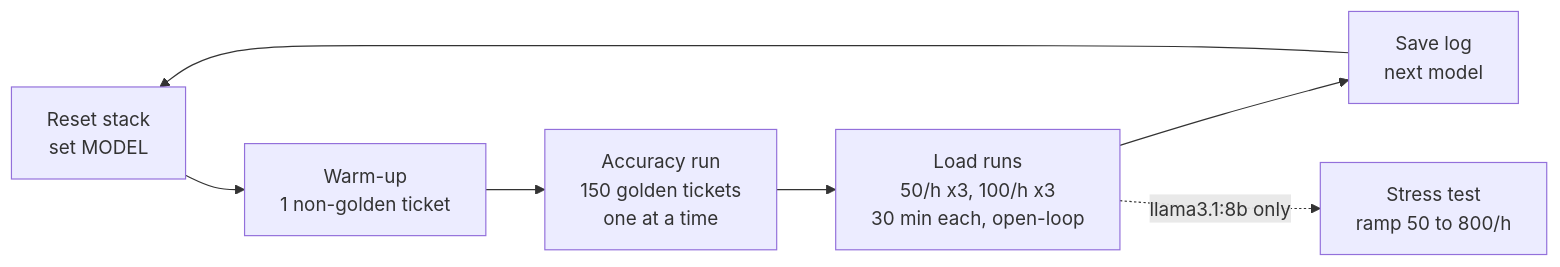
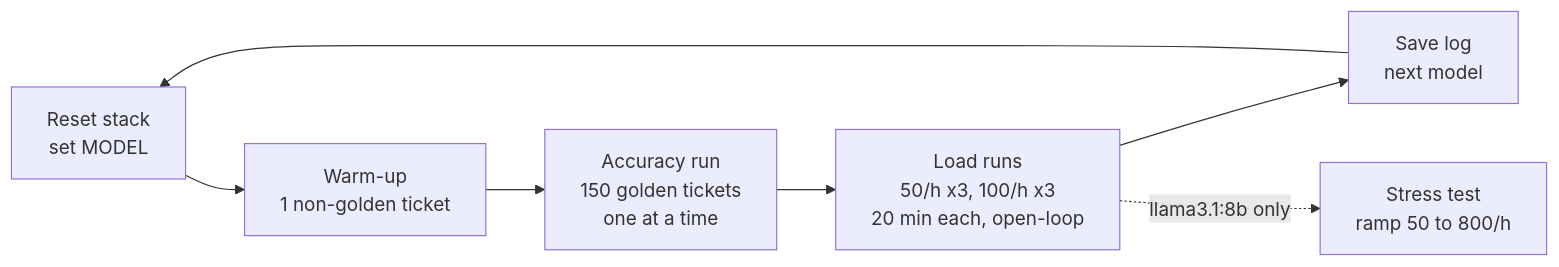
The diagram in playbook.md (iD0omb/ICT3113_P2-3), drawn with Mermaid before and after one commit. The commit also changed other lines of this file and 1 other file, not shown here.

Commit message:
Updated Load runtimes to 20 minutes

````diff
--- a/playbook.md
+++ b/playbook.md
@@ -9,9 +9,9 @@
 ```mermaid
 flowchart LR
     A[Reset stack<br/>set MODEL] --> B[Warm-up<br/>1 non-golden ticket]
     B --> C[Accuracy run<br/>150 golden tickets<br/>one at a time]
-    C --> D[Load runs<br/>50/h x3, 100/h x3<br/>30 min each, open-loop]
+    C --> D[Load runs<br/>50/h x3, 100/h x3<br/>20 min each, open-loop]
     D --> E[Save log<br/>next model]
     E --> A
     D -.->|llama3.1:8b only| F[Stress test<br/>ramp 50 to 800/h]
 ```
````
